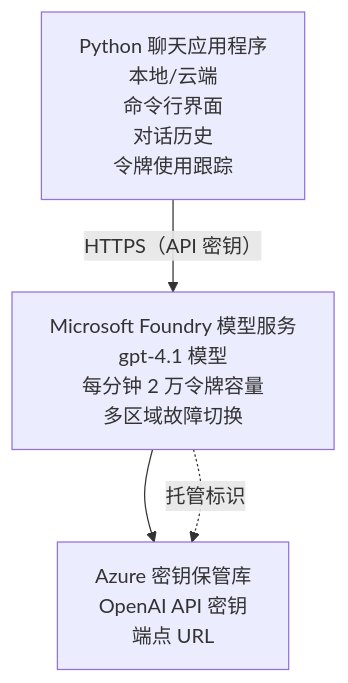
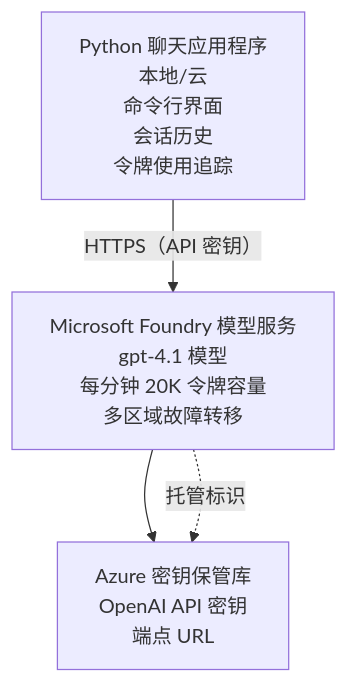
One commit to microsoft/AZD-for-beginners changed the diagram in translations/zh-CN/examples/azure-openai-chat/README.md. Above: the diagram before and after it, drawn with Mermaid. The commit also changed other lines of this file and 104 other files, not shown here.

````diff
--- a/translations/zh-CN/examples/azure-openai-chat/README.md
+++ b/translations/zh-CN/examples/azure-openai-chat/README.md
@@ -26,6 +26,6 @@
 ```mermaid
 graph TD
-    App[Python 聊天应用程序<br/>本地/云端<br/>命令行界面<br/>对话历史<br/>令牌使用跟踪] -- "HTTPS（API 密钥）" --> Foundry[Microsoft Foundry 模型服务<br/>gpt-4.1 模型<br/>每分钟 2 万令牌容量<br/>多区域故障切换]
+    App[Python 聊天应用程序<br/>本地/云<br/>命令行界面<br/>会话历史<br/>令牌使用追踪] -- "HTTPS（API 密钥）" --> Foundry[Microsoft Foundry 模型服务<br/>gpt-4.1 模型<br/>每分钟 20K 令牌容量<br/>多区域故障转移]
     Foundry --> KV[Azure 密钥保管库<br/>OpenAI API 密钥<br/>端点 URL]
     Foundry -. 托管标识 .-> KV
 ```
````
